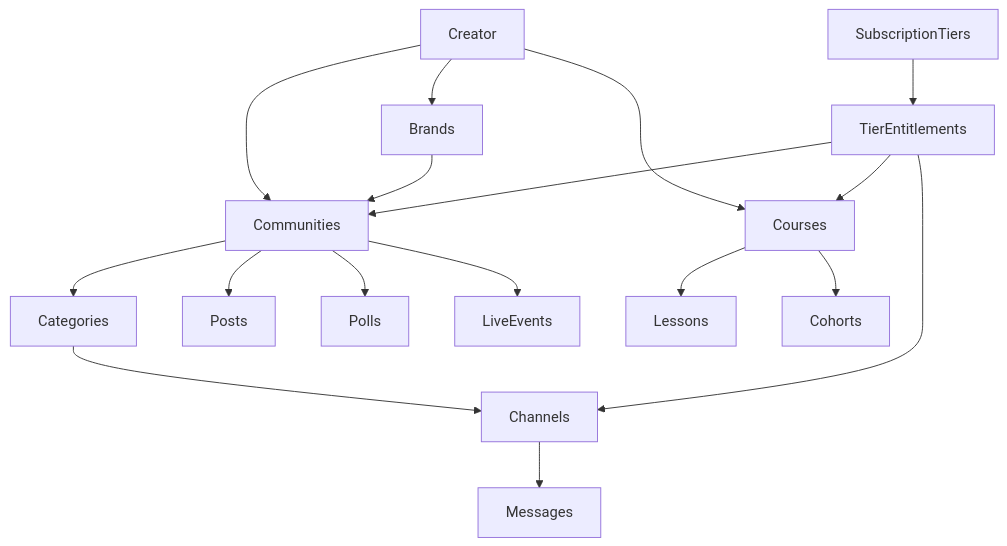
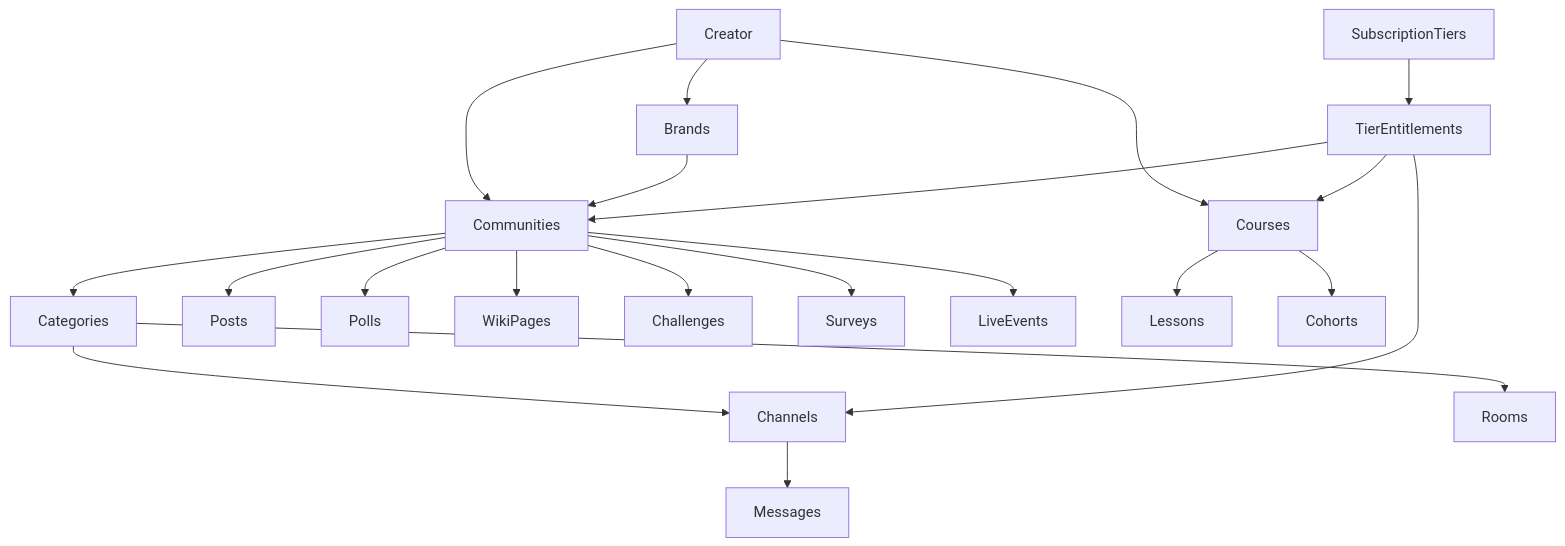
One commit to Forge-Studios-dev/FORGE changed the first of 3 diagrams in docs/COMMUNITY-2.0-IMPLEMENTATION.md. Above: the diagram before and after it, drawn with Mermaid. The commit also changed other lines of this file and 98 other files, not shown here.

First line of the commit message:
feat(community): ship Community 2.0 roadmap waves H–K

````diff
--- a/docs/COMMUNITY-2.0-IMPLEMENTATION.md
+++ b/docs/COMMUNITY-2.0-IMPLEMENTATION.md
@@ -234,19 +233,23 @@
 ```mermaid
 flowchart TD
   Creator --> Brands
   Creator --> Communities
   Creator --> Courses
   Brands --> Communities
   Communities --> Categories
   Categories --> Channels
+  Categories --> Rooms
   Channels --> Messages
   Communities --> Posts
   Communities --> Polls
+  Communities --> WikiPages
+  Communities --> Challenges
+  Communities --> Surveys
   Communities --> LiveEvents
   Courses --> Lessons
   Courses --> Cohorts
   SubscriptionTiers --> TierEntitlements
   TierEntitlements --> Communities
   TierEntitlements --> Channels
   TierEntitlements --> Courses
 ```
````
